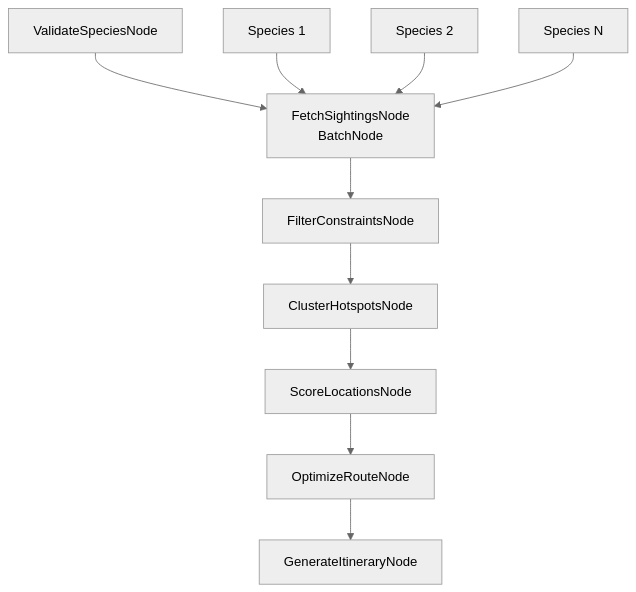
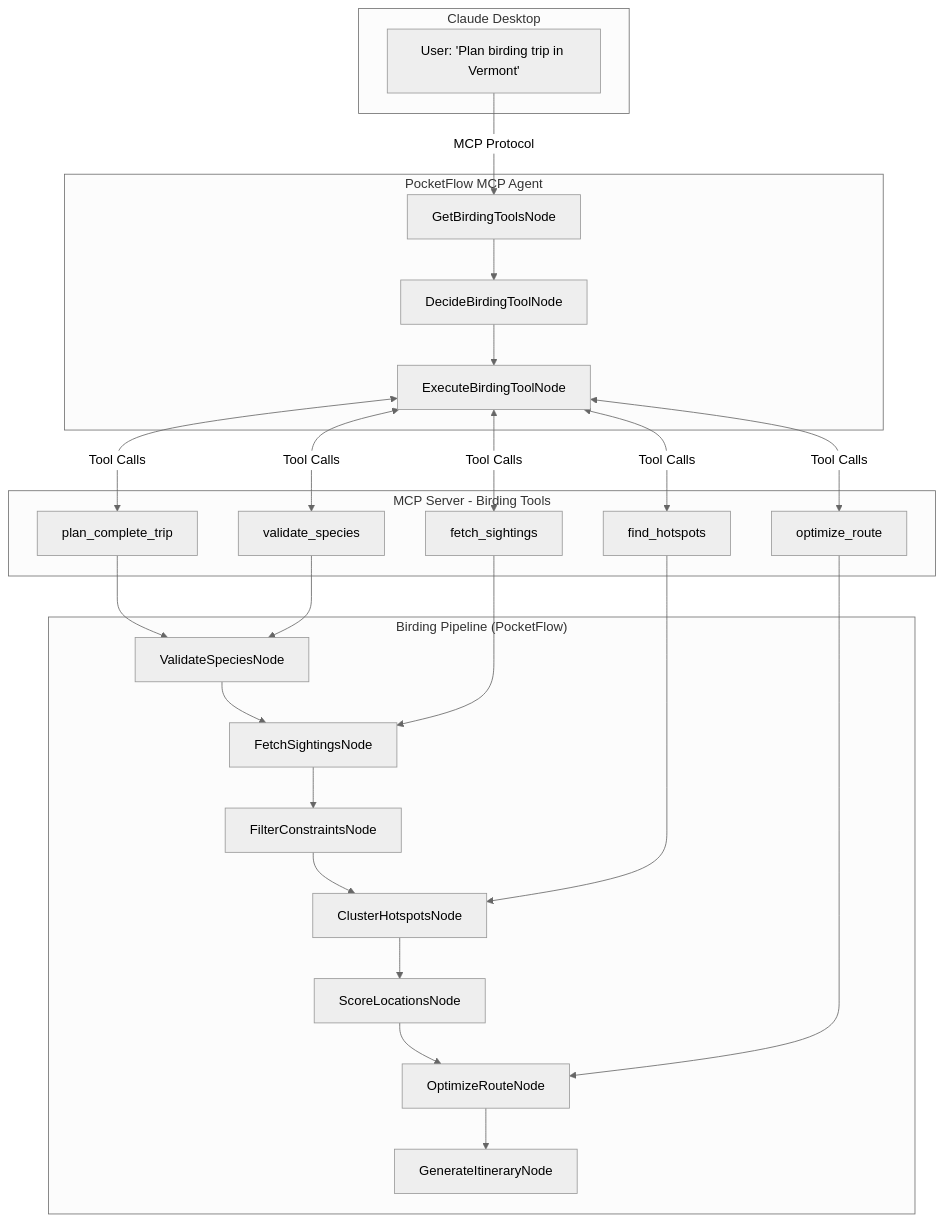
One commit to pickleton89/Bird-Travel-Recommender changed the diagram in docs/design.md. Above: the diagram before and after it, drawn with Mermaid (neutral theme). The commit also changed other lines of this file and 2 other files, not shown here.

Commit message:
feat: add MCP agent architecture and tool definitions for Claude Desktop integration

````diff
--- a/docs/design.md
+++ b/docs/design.md
@@ -45,13 +59,41 @@
 ```mermaid
-flowchart TD
-    A[ValidateSpeciesNode] --> B[FetchSightingsNode<br/>BatchNode]
-    B --> C[FilterConstraintsNode]
-    C --> D[ClusterHotspotsNode]
-    D --> E[ScoreLocationsNode]
-    E --> F[OptimizeRouteNode]
-    F --> G[GenerateItineraryNode]
+flowchart TB
+    subgraph "Claude Desktop"
+        U[User: 'Plan birding trip in Vermont']
+    end
     
-    B1[Species 1] --> B
-    B2[Species 2] --> B
-    B3[Species N] --> B
+    subgraph "PocketFlow MCP Agent"
+        A[GetBirdingToolsNode] --> B[DecideBirdingToolNode]
+        B --> C[ExecuteBirdingToolNode]
+    end
+    
+    subgraph "MCP Server - Birding Tools"
+        D[validate_species]
+        E[fetch_sightings]
+        F[plan_complete_trip]
+        G[find_hotspots]
+        H[optimize_route]
+    end
+    
+    subgraph "Birding Pipeline (PocketFlow)"
+        I[ValidateSpeciesNode] --> J[FetchSightingsNode]
+        J --> K[FilterConstraintsNode]
+        K --> L[ClusterHotspotsNode]
+        L --> M[ScoreLocationsNode]
+        M --> N[OptimizeRouteNode]
+        N --> O[GenerateItineraryNode]
+    end
+    
+    U -->|MCP Protocol| A
+    C <-->|Tool Calls| D
+    C <-->|Tool Calls| E
+    C <-->|Tool Calls| F
+    C <-->|Tool Calls| G
+    C <-->|Tool Calls| H
+    
+    F --> I
+    D --> I
+    E --> J
+    G --> L
+    H --> N
 ```
````
